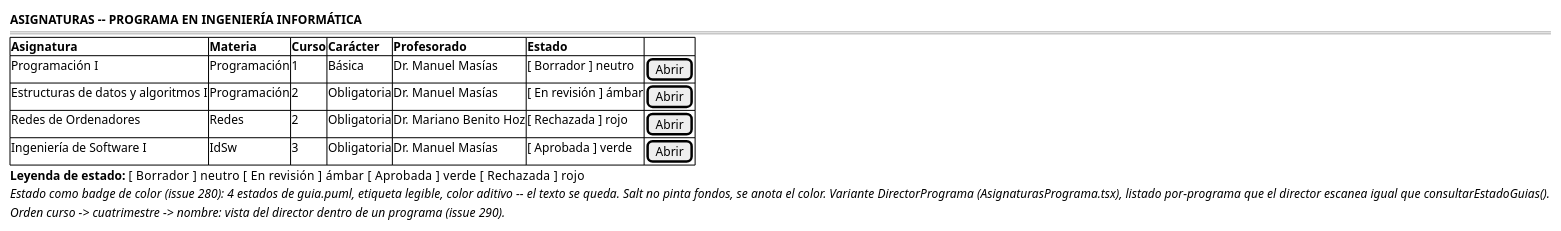
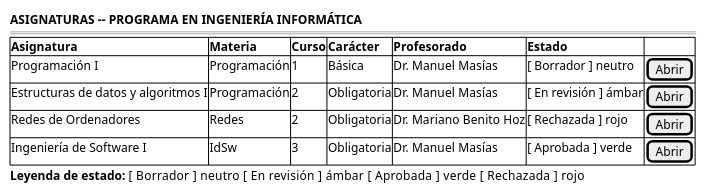
Before and after one commit to mmasias/pyCeldaPublico: the first of 2 diagrams in RUP/01-requisitos/03-detalle-casos-uso/abrirAsignaturasPrograma/wireframes.puml, drawn with PlantUML. The commit also changed other lines of this file and 58 other files, not shown here.

First line of the commit message:
docs: diagramas de requisitos sin notas internas y manual de Cursos académicos y Auditoría (pyCelda 5dcbdc66)

```diff
--- a/RUP/01-requisitos/03-detalle-casos-uso/abrirAsignaturasPrograma/wireframes.puml
+++ b/RUP/01-requisitos/03-detalle-casos-uso/abrirAsignaturasPrograma/wireframes.puml
@@ -1,17 +1,15 @@
 @startsalt abrirAsignaturasPrograma-wireframe
 {
     <b>ASIGNATURAS -- PROGRAMA EN INGENIERÍA INFORMÁTICA</b>
     ====
     {#
     <b>Asignatura                          | <b>Materia    | <b>Curso  | <b>Carácter | <b>Profesorado      |<b>Estado| .
     Programación I                         | Programación  | 1         | Básica | Dr. Manuel Masías        |[ Borrador ] neutro| [Abrir]
     Estructuras de datos y algoritmos I    | Programación  | 2         | Obligatoria | Dr. Manuel Masías   |[ En revisión ] ámbar| [Abrir]
     Redes de Ordenadores                   | Redes         | 2         | Obligatoria | Dr. Mariano Benito Hoz |[ Rechazada ] rojo| [Abrir]
     Ingeniería de Software I               | IdSw          | 3         | Obligatoria | Dr. Manuel Masías   |[ Aprobada ] verde| [Abrir]
 
     }
     <b>Leyenda de estado:</b> [ Borrador ] neutro   [ En revisión ] ámbar   [ Aprobada ] verde   [ Rechazada ] rojo
-    <i>Estado como badge de color (issue 280): 4 estados de guia.puml, etiqueta legible, color aditivo -- el texto se queda. Salt no pinta fondos, se anota el color. Variante DirectorPrograma (AsignaturasPrograma.tsx), listado por-programa que el director escanea igual que consultarEstadoGuias().</i>
-    <i>Orden curso -> cuatrimestre -> nombre: vista del director dentro de un programa (issue 290).</i>
 }
 @endsalt
```
